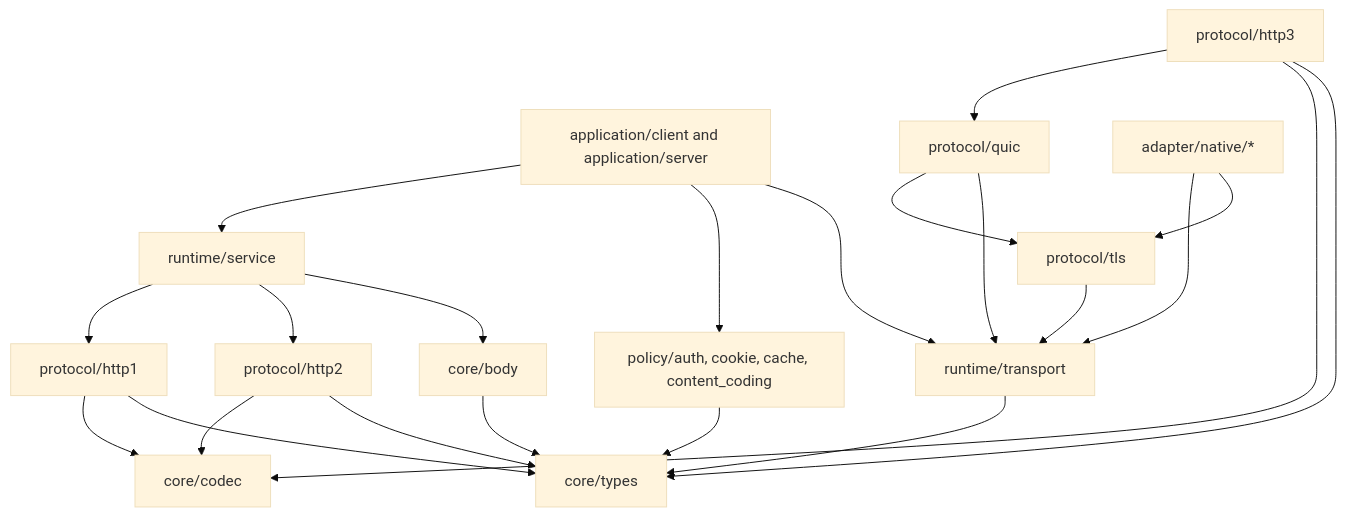
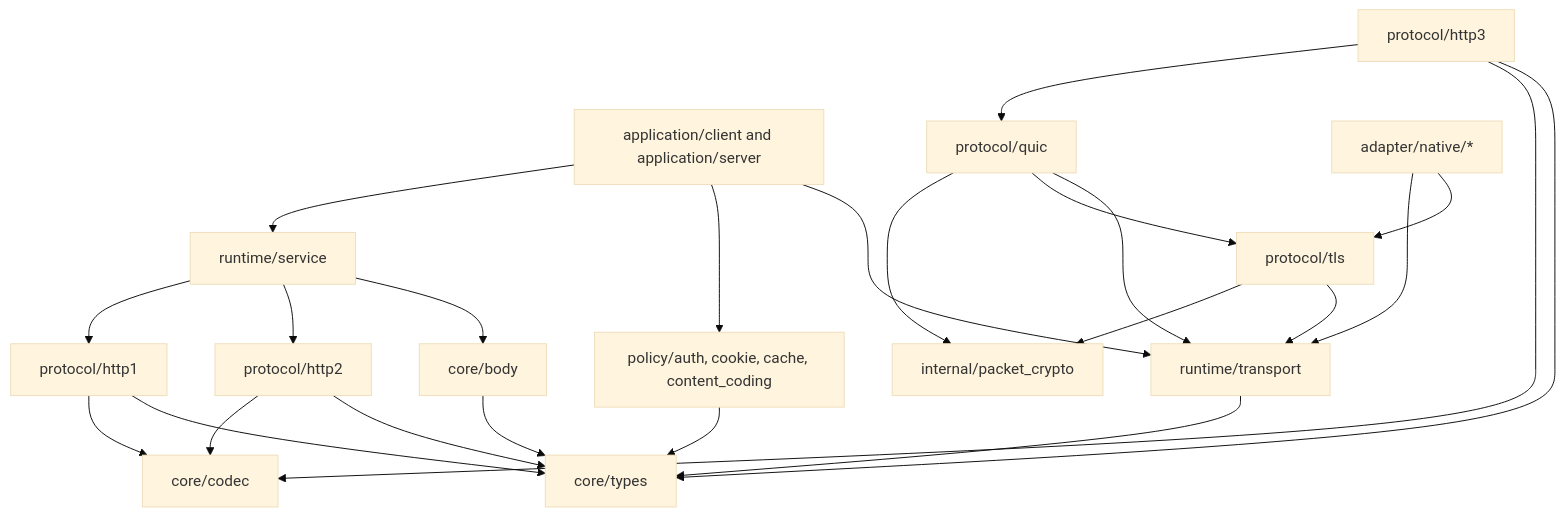
One commit to ZSeanYves/MoonbitHTTP changed the diagram in docs/concepts/architecture.md. Above: the diagram before and after it, drawn with Mermaid (base theme). The commit also changed other lines of this file and 79 other files, not shown here.

````diff
--- a/docs/concepts/architecture.md
+++ b/docs/concepts/architecture.md
@@ -19,24 +19,26 @@
 ```mermaid
 flowchart TD
   app[application/client and application/server] --> service[runtime/service]
   app --> policies[policy/auth, cookie, cache, content_coding]
   app --> transport[runtime/transport]
   service --> h1[protocol/http1]
   service --> h2[protocol/http2]
   service --> body[core/body]
   h3[protocol/http3] --> quic[protocol/quic]
+  quic --> crypto[internal/packet_crypto]
+  tls --> crypto
   quic --> tls[protocol/tls]
   quic --> transport
   tls --> transport
   transport --> types[core/types]
   h1 --> codec[core/codec]
   h2 --> codec
   h3 --> codec
   h1 --> types
   h2 --> types
   h3 --> types
   body --> types
   policies --> types
   native[adapter/native/*] --> transport
   native --> tls
 ```
````
